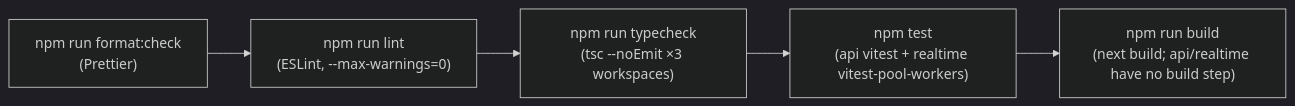
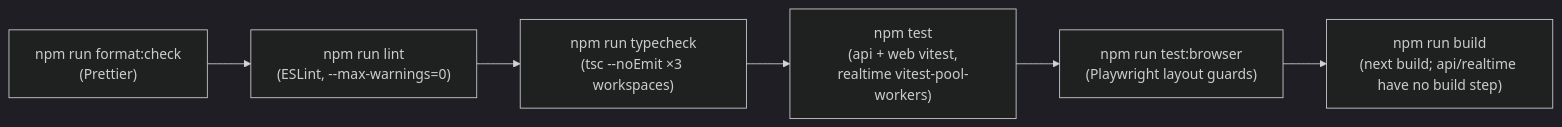
The third of 3 diagrams in docs/testing.md (hoangsonww/Threadline-RealTime-Collab), drawn with Mermaid (dark theme) before and after one commit. The commit also changed other lines of this file and 7 other files, not shown here.

````diff
--- a/docs/testing.md
+++ b/docs/testing.md
@@ -126,7 +126,8 @@
 ```mermaid
 flowchart LR
     Format["npm run format:check<br/>(Prettier)"] --> Lint["npm run lint<br/>(ESLint, --max-warnings=0)"]
     Lint --> Type["npm run typecheck<br/>(tsc --noEmit ×3 workspaces)"]
-    Type --> Test["npm test<br/>(api vitest + realtime vitest-pool-workers)"]
-    Test --> Build["npm run build<br/>(next build; api/realtime have no build step)"]
+    Type --> Test["npm test<br/>(api + web vitest,<br/>realtime vitest-pool-workers)"]
+    Test --> Browser["npm run test:browser<br/>(Playwright layout guards)"]
+    Browser --> Build["npm run build<br/>(next build; api/realtime have no build step)"]
 ```
````
